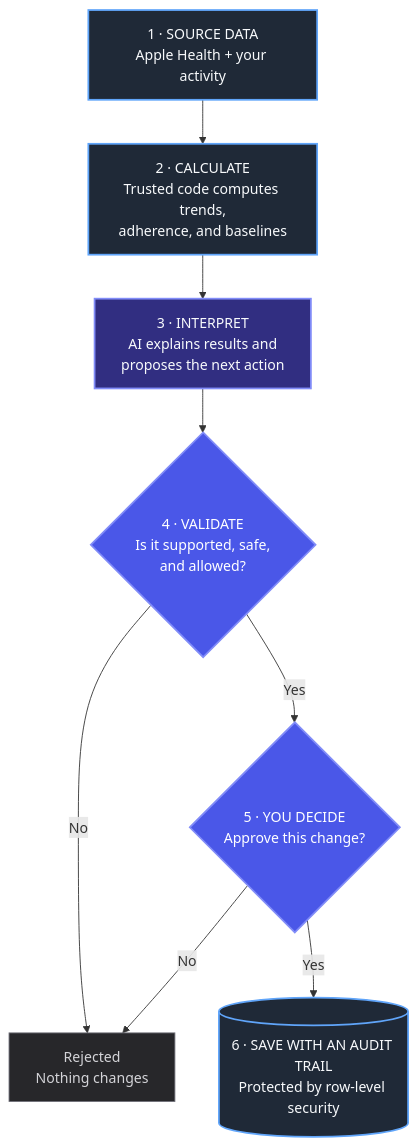
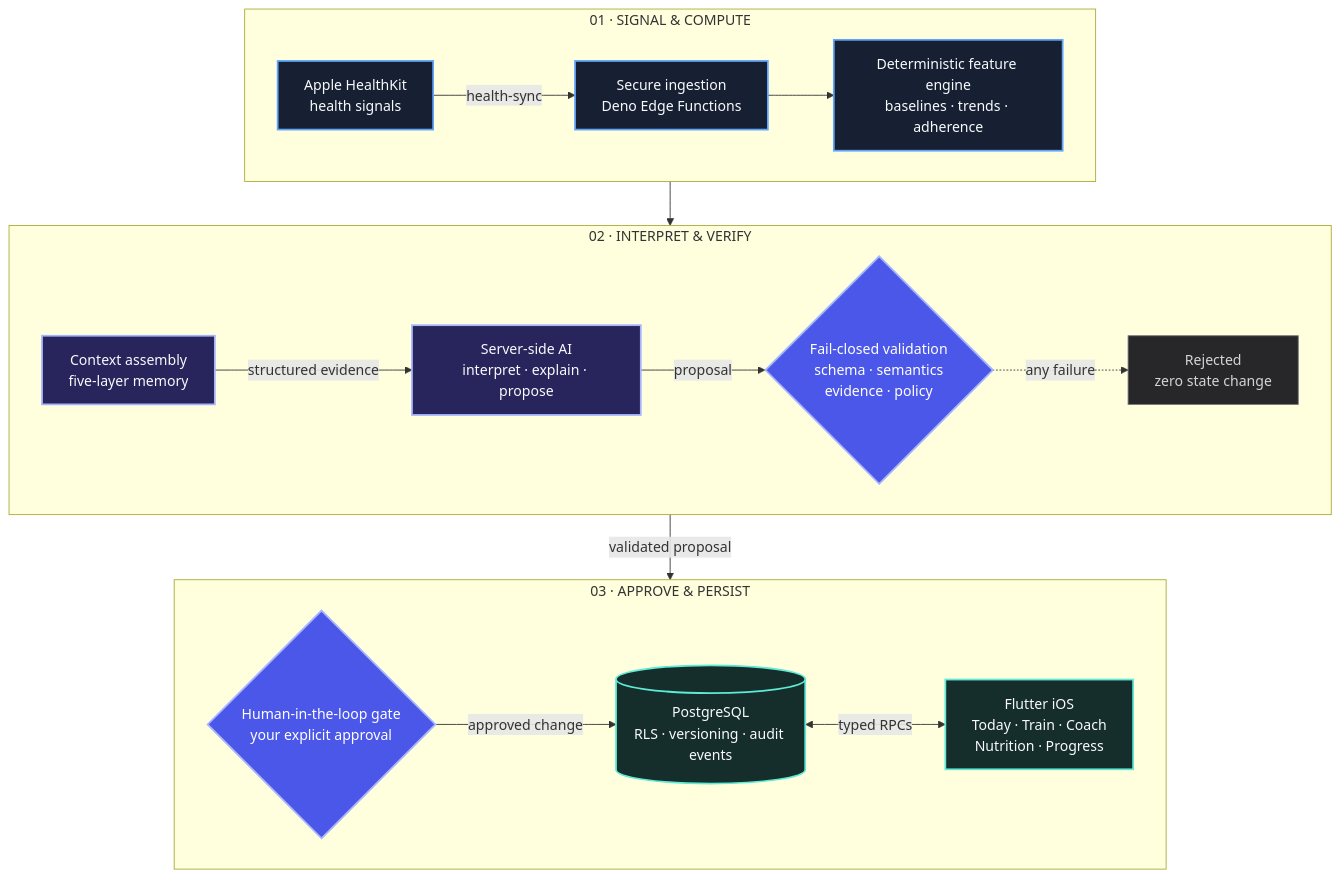
One commit to PurnaJear06/Tracend changed the diagram in README.md. Above: the diagram before and after it, drawn with Mermaid. The commit also changed other lines of this file, not shown here.

Commit message:
docs: strengthen AI trust architecture

````diff
--- a/README.md
+++ b/README.md
@@ -88,25 +88,42 @@
 ```mermaid
 flowchart TB
-  DATA["1 · SOURCE DATA<br/>Apple Health + your activity"]
-  MATH["2 · CALCULATE<br/>Trusted code computes trends,<br/>adherence, and baselines"]
-  AI["3 · INTERPRET<br/>AI explains results and<br/>proposes the next action"]
-  CHECK{"4 · VALIDATE<br/>Is it supported, safe,<br/>and allowed?"}
-  REJECT["Rejected<br/>Nothing changes"]
-  APPROVAL{"5 · YOU DECIDE<br/>Approve this change?"}
-  SAVE[("6 · SAVE WITH AN AUDIT TRAIL<br/>Protected by row-level security")]
+  subgraph SIGNAL["01 · SIGNAL & COMPUTE"]
+    direction LR
+    HK["Apple HealthKit<br/>health signals"]
+    EDGE["Secure ingestion<br/>Deno Edge Functions"]
+    ENGINE["Deterministic feature engine<br/>baselines · trends · adherence"]
+    HK -->|health-sync| EDGE --> ENGINE
+  end
 
-  DATA --> MATH --> AI --> CHECK
-  CHECK -->|No| REJECT
-  CHECK -->|Yes| APPROVAL
-  APPROVAL -->|No| REJECT
-  APPROVAL -->|Yes| SAVE
+  subgraph INTELLIGENCE["02 · INTERPRET & VERIFY"]
+    direction LR
+    CONTEXT["Context assembly<br/>five-layer memory"]
+    MODEL["Server-side AI<br/>interpret · explain · propose"]
+    VALIDATE{"Fail-closed validation<br/>schema · semantics<br/>evidence · policy"}
+    BLOCK["Rejected<br/>zero state change"]
+    CONTEXT -->|structured evidence| MODEL -->|proposal| VALIDATE
+    VALIDATE -.->|any failure| BLOCK
+  end
 
-  classDef trusted fill:#1F2937,stroke:#60A5FA,color:#F8FAFC,stroke-width:2px
-  classDef model fill:#312E81,stroke:#818CF8,color:#F8FAFC,stroke-width:2px
-  classDef gate fill:#4A57E8,stroke:#818CF8,color:#FFFFFF,stroke-width:2px
-  classDef stopped fill:#27272A,stroke:#71717A,color:#D4D4D8
-  class DATA,MATH,SAVE trusted
-  class AI model
-  class CHECK,APPROVAL gate
-  class REJECT stopped
+  subgraph CONTROL["03 · APPROVE & PERSIST"]
+    direction LR
+    APPROVAL{"Human-in-the-loop gate<br/>your explicit approval"}
+    DB[("PostgreSQL<br/>RLS · versioning · audit events")]
+    APP["Flutter iOS<br/>Today · Train · Coach<br/>Nutrition · Progress"]
+    APPROVAL -->|approved change| DB <-->|typed RPCs| APP
+  end
+
+  ENGINE --> CONTEXT
+  VALIDATE -->|validated proposal| APPROVAL
+
+  classDef compute fill:#172033,stroke:#60A5FA,color:#F8FAFC,stroke-width:2px
+  classDef intelligence fill:#28245C,stroke:#A5B4FC,color:#F8FAFC,stroke-width:2px
+  classDef gate fill:#4A57E8,stroke:#A5B4FC,color:#FFFFFF,stroke-width:2px
+  classDef storage fill:#152E2B,stroke:#5EEAD4,color:#F8FAFC,stroke-width:2px
+  classDef rejected fill:#27272A,stroke:#71717A,color:#D4D4D8
+  class HK,EDGE,ENGINE compute
+  class CONTEXT,MODEL intelligence
+  class VALIDATE,APPROVAL gate
+  class DB,APP storage
+  class BLOCK rejected
 ```
````
